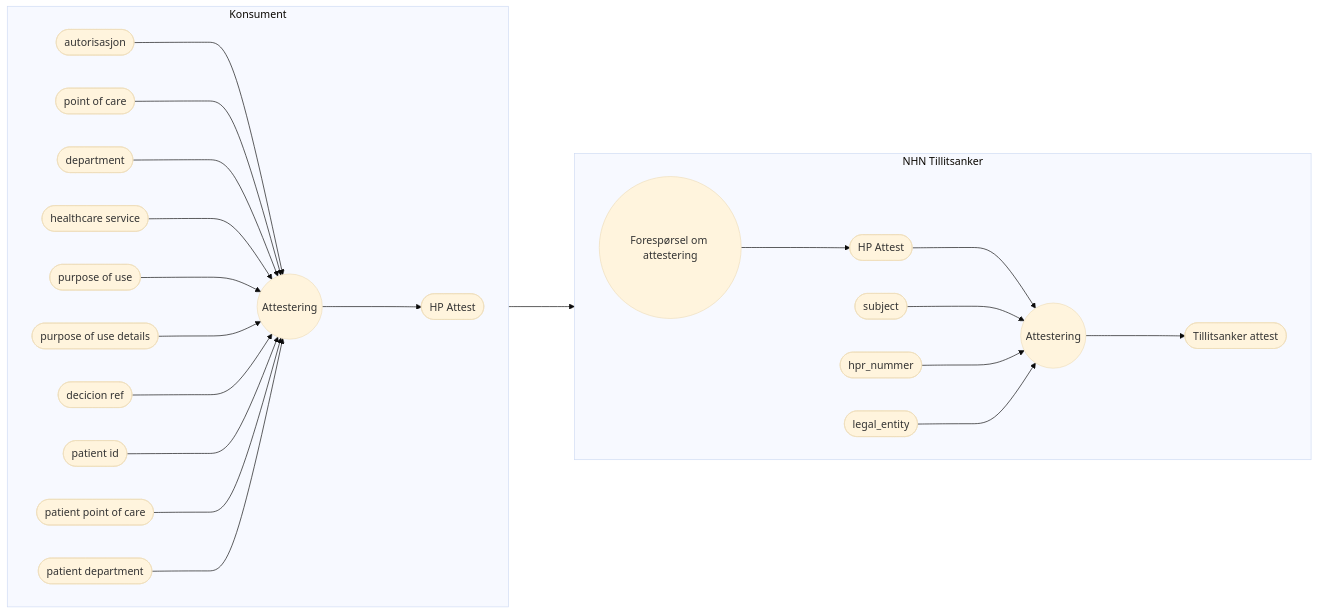
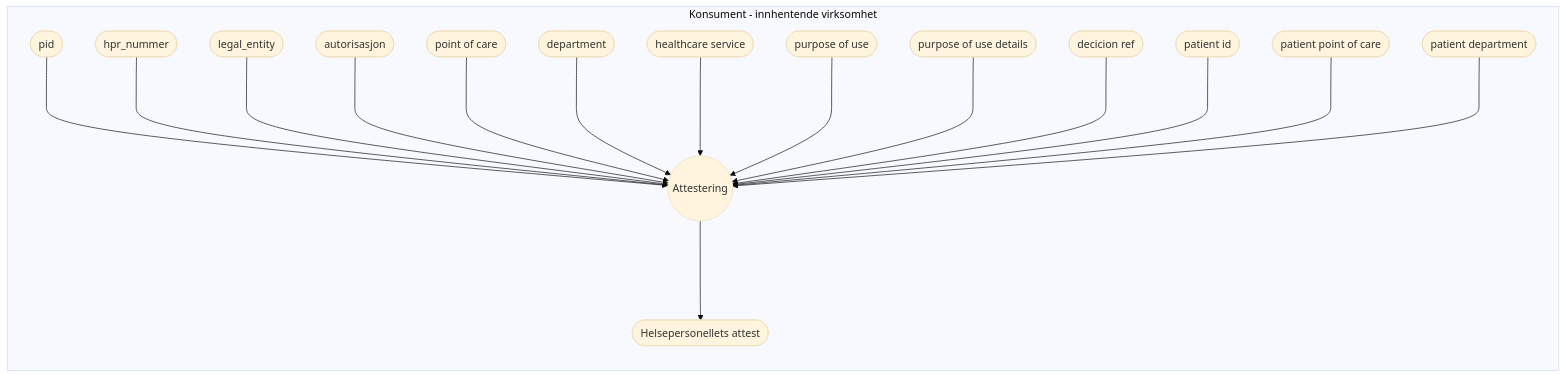
Before and after one commit to NorskHelsenett/Tillitsrammeverk: the third of 3 diagrams in specs/informasjons_og_datamodell.md, drawn with Mermaid (base theme). The commit also changed other lines of this file and 1 other file, not shown here.

````diff
--- a/specs/informasjons_og_datamodell.md
+++ b/specs/informasjons_og_datamodell.md
@@ -250,53 +246,40 @@
 ```mermaid
 
-flowchart LR
-subgraph Konsument
-	direction TB
+flowchart TB
+subgraph Konsument - innhentende virksomhet
+	direction LR
+		pid([pid])
+		hprid([hpr_nummer])		
+		legalEntity([legal_entity])
 		authorization([autorisasjon])
 		poc([point of care])
 		department([department])
 		hcs([healthcare service])
 		pou([purpose of use])
 		poud([purpose of use details])
 		dec([decicion ref])
 		pat_id([patient id])
 		pat_poc([patient point of care])
 		pat_dep([patient department])
-	direction LR
+	direction TB
 		consumer_attestation((Attestering))
-		hp_attest([HP Attest])
+		hp_attest([Helsepersonellets attest])
 	
+	pid--->consumer_attestation
+	hprid--->consumer_attestation
+	legalEntity--->consumer_attestation
 	authorization--->consumer_attestation
 	poc--->consumer_attestation
 	department--->consumer_attestation
 	hcs--->consumer_attestation
 	pou--->consumer_attestation
 	poud--->consumer_attestation
 	dec--->consumer_attestation
 	pat_id--->consumer_attestation
 	pat_poc--->consumer_attestation
 	pat_dep--->consumer_attestation
+
+	consumer_attestation--->hp_attest
+
 end
-hp_attest--->access_req
-subgraph NHN Tillitsanker
-	direction LR
-		access_req((Forespørsel om attestering))		
-		nhn_attestation((Attestering))
-		access_req--->nhn_hpattest
-	direction TB
-		nhn_pid([subject])
-		nhn_hprid([hpr_nummer])		
-		nhn_virk([legal_entity])
-		nhn_hpattest([HP Attest])
-		nhn_hpattest--->nhn_attestation
-		nhn_pid--->nhn_attestation
-		nhn_hprid--->nhn_attestation
-		nhn_virk--->nhn_attestation
-	direction LR
-		virk_attest([Tillitsanker attest])
-		nhn_attestation--->virk_attest
-end
-consumer_attestation--->hp_attest
-
-
 ```
````
